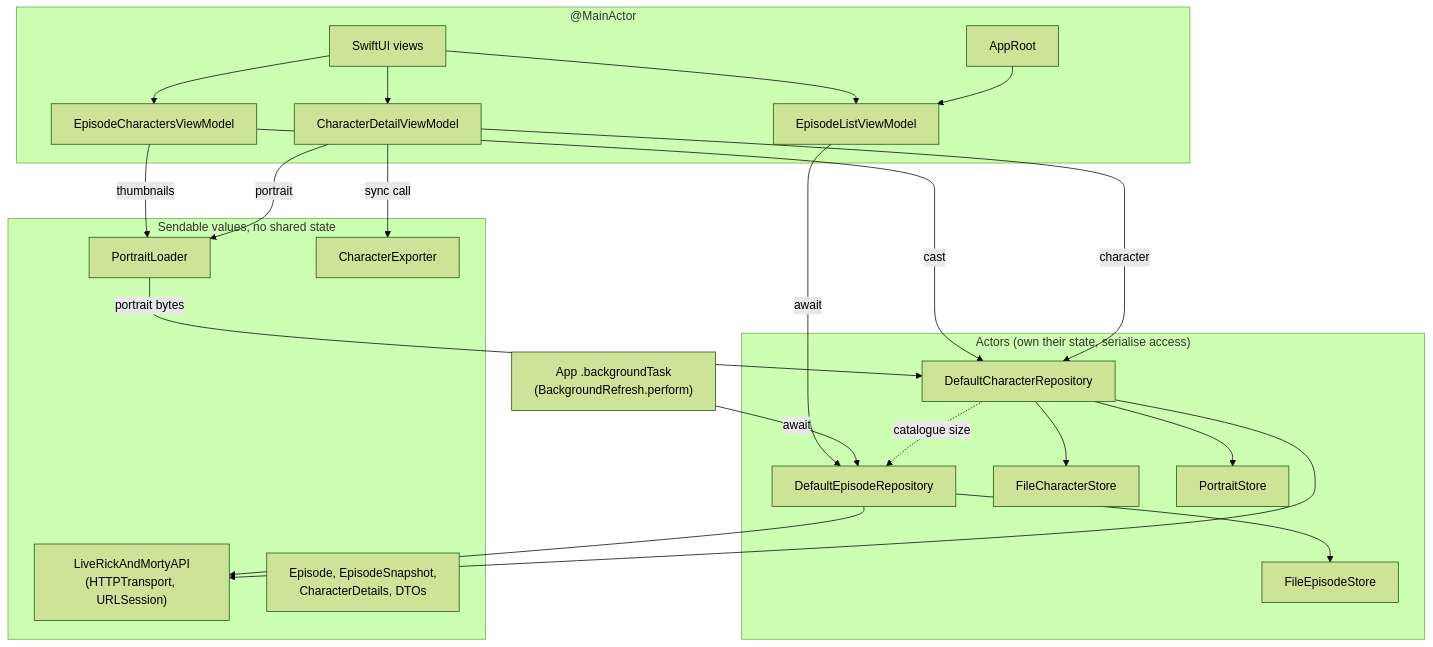
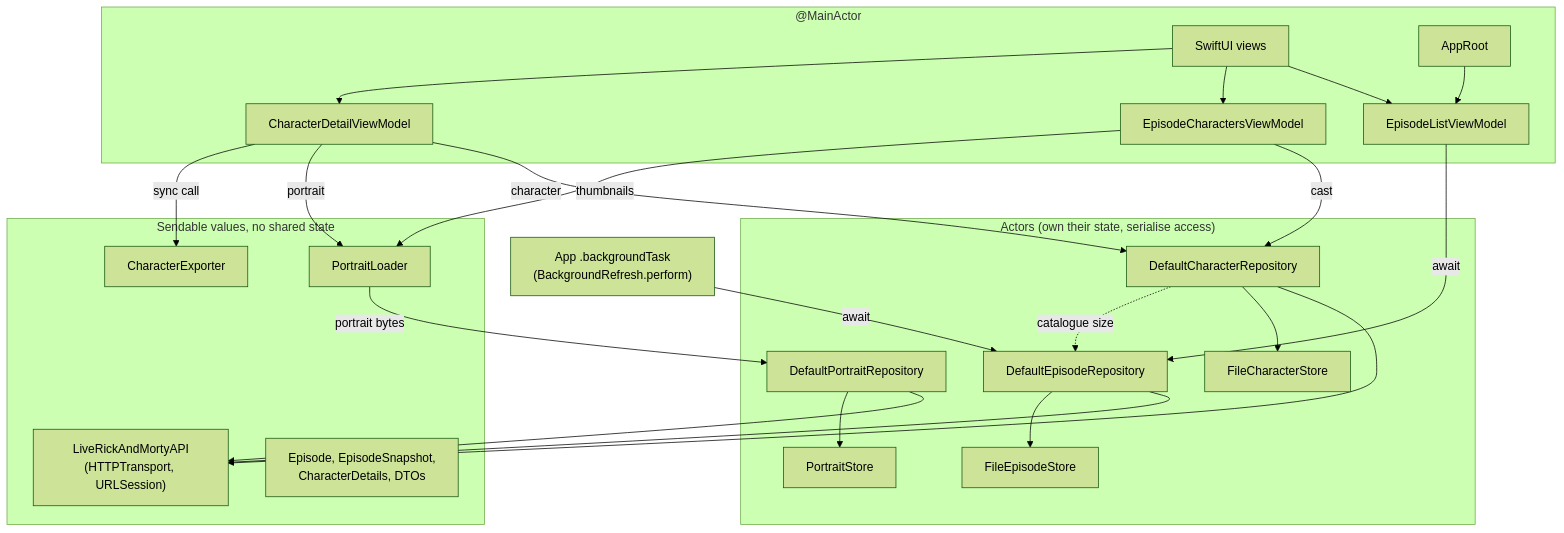
Before and after one commit to felixinjapan/rick-and-morty-episodes: the fourth of 4 diagrams in docs/architecture.md, drawn with Mermaid (forest theme). The commit also changed other lines of this file and 15 other files, not shown here.

First line of the commit message:
Split portrait loading out of the character repository

````diff
--- a/docs/architecture.md
+++ b/docs/architecture.md
@@ -97,46 +98,48 @@
 ```mermaid
 flowchart TD
     subgraph Main["@MainActor"]
         Views[SwiftUI views]
         ListVM[EpisodeListViewModel]
         CastVM[EpisodeCharactersViewModel]
         DetailVM[CharacterDetailViewModel]
         Root[AppRoot]
     end
 
     subgraph Actors["Actors (own their state, serialise access)"]
         EpRepo[DefaultEpisodeRepository]
         ChRepo[DefaultCharacterRepository]
+        PortRepo[DefaultPortraitRepository]
         EpStore[FileEpisodeStore]
         ChStore[FileCharacterStore]
         Portraits[PortraitStore]
     end
 
     subgraph Values["Sendable values, no shared state"]
         API["LiveRickAndMortyAPI<br/>(HTTPTransport, URLSession)"]
         Loader[PortraitLoader]
         Exporter[CharacterExporter]
         Types["Episode, EpisodeSnapshot,<br/>CharacterDetails, DTOs"]
     end
 
     BG["App .backgroundTask<br/>(BackgroundRefresh.perform)"]
 
     Views --> ListVM
     Views --> CastVM
     Views --> DetailVM
     Root --> ListVM
     ListVM -- await --> EpRepo
     CastVM -- "cast" --> ChRepo
     CastVM -- "thumbnails" --> Loader
     DetailVM -- "character" --> ChRepo
     DetailVM -- "portrait" --> Loader
     DetailVM -- "sync call" --> Exporter
     BG -- await --> EpRepo
-    Loader -- "portrait bytes" --> ChRepo
+    Loader -- "portrait bytes" --> PortRepo
     EpRepo --> API
     EpRepo --> EpStore
     ChRepo --> API
     ChRepo --> ChStore
-    ChRepo --> Portraits
+    PortRepo --> API
+    PortRepo --> Portraits
     ChRepo -. "catalogue size" .-> EpRepo
 ```
````
